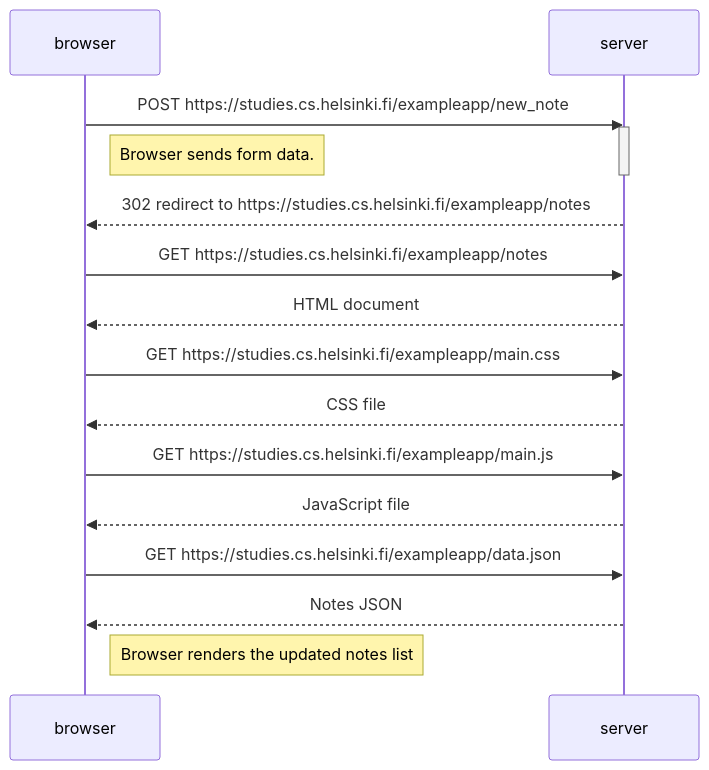
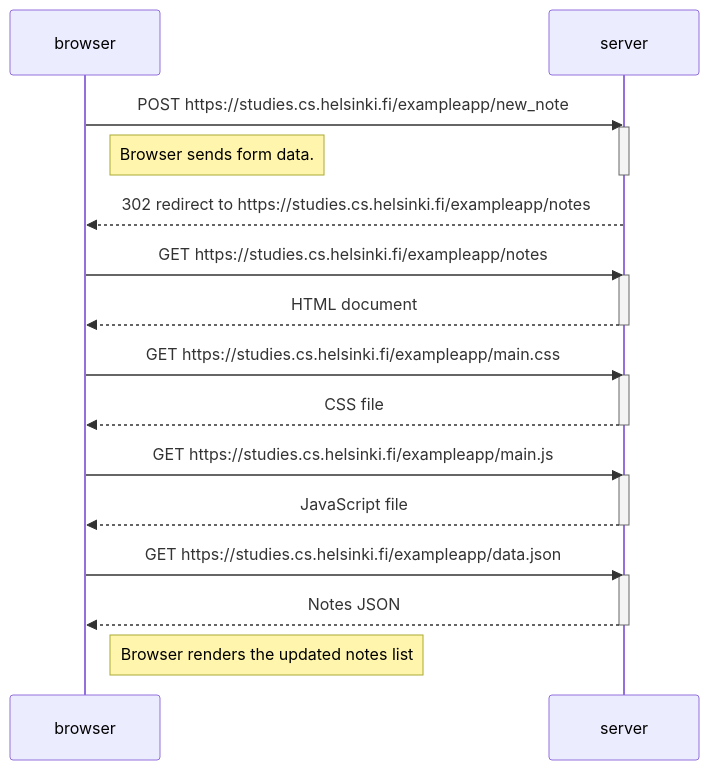
One commit to apikurt/fullstackopen changed the diagram in part0/0.4.diagram.md. Above: the diagram before and after it, drawn with Mermaid.

Commit message:
update diagram

````diff
--- a/part0/0.4.diagram.md
+++ b/part0/0.4.diagram.md
@@ -4,27 +4,34 @@
 ```mermaid
 sequenceDiagram
     participant browser
     participant server
 
     browser->>server: POST https://studies.cs.helsinki.fi/exampleapp/new_note
     activate server
     Note right of browser: Browser sends form data.
     deactivate server
 
 
     server-->>browser: 302 redirect to https://studies.cs.helsinki.fi/exampleapp/notes
 
     browser->>server: GET https://studies.cs.helsinki.fi/exampleapp/notes
+    activate server
     server-->>browser: HTML document
-
+    deactivate server
     browser->>server: GET https://studies.cs.helsinki.fi/exampleapp/main.css
+    activate server
     server-->>browser: CSS file
+    deactivate server
 
     browser->>server: GET https://studies.cs.helsinki.fi/exampleapp/main.js
+    activate server
     server-->>browser: JavaScript file
+    deactivate server
 
     browser->>server: GET https://studies.cs.helsinki.fi/exampleapp/data.json
+    activate server
     server-->>browser: Notes JSON
+    deactivate server
 
     Note right of browser: Browser renders the updated notes list
 ```
````
